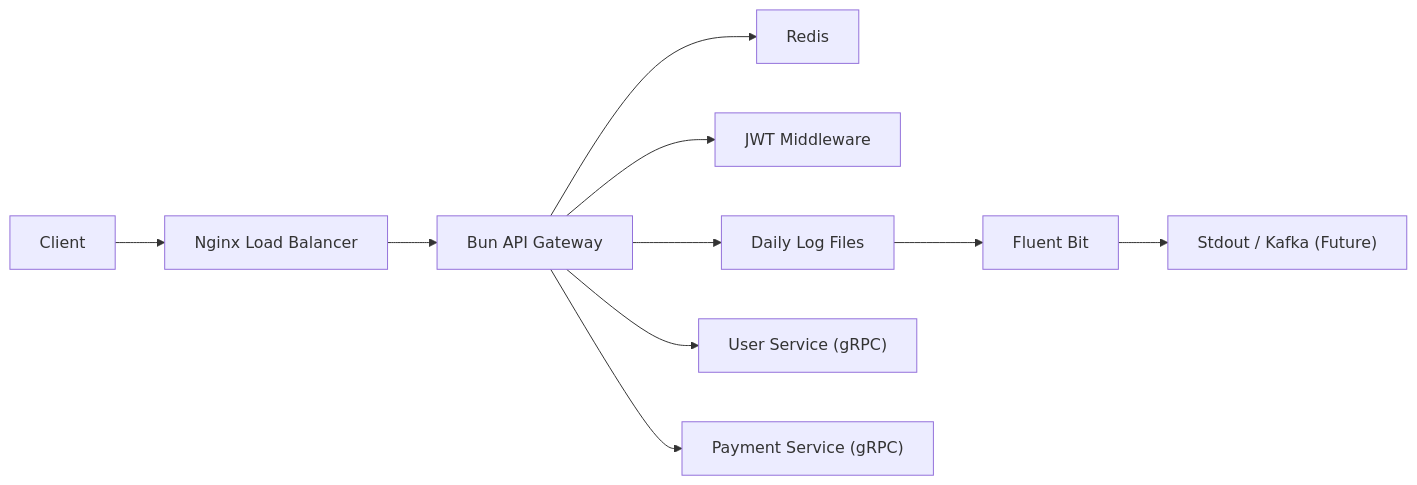
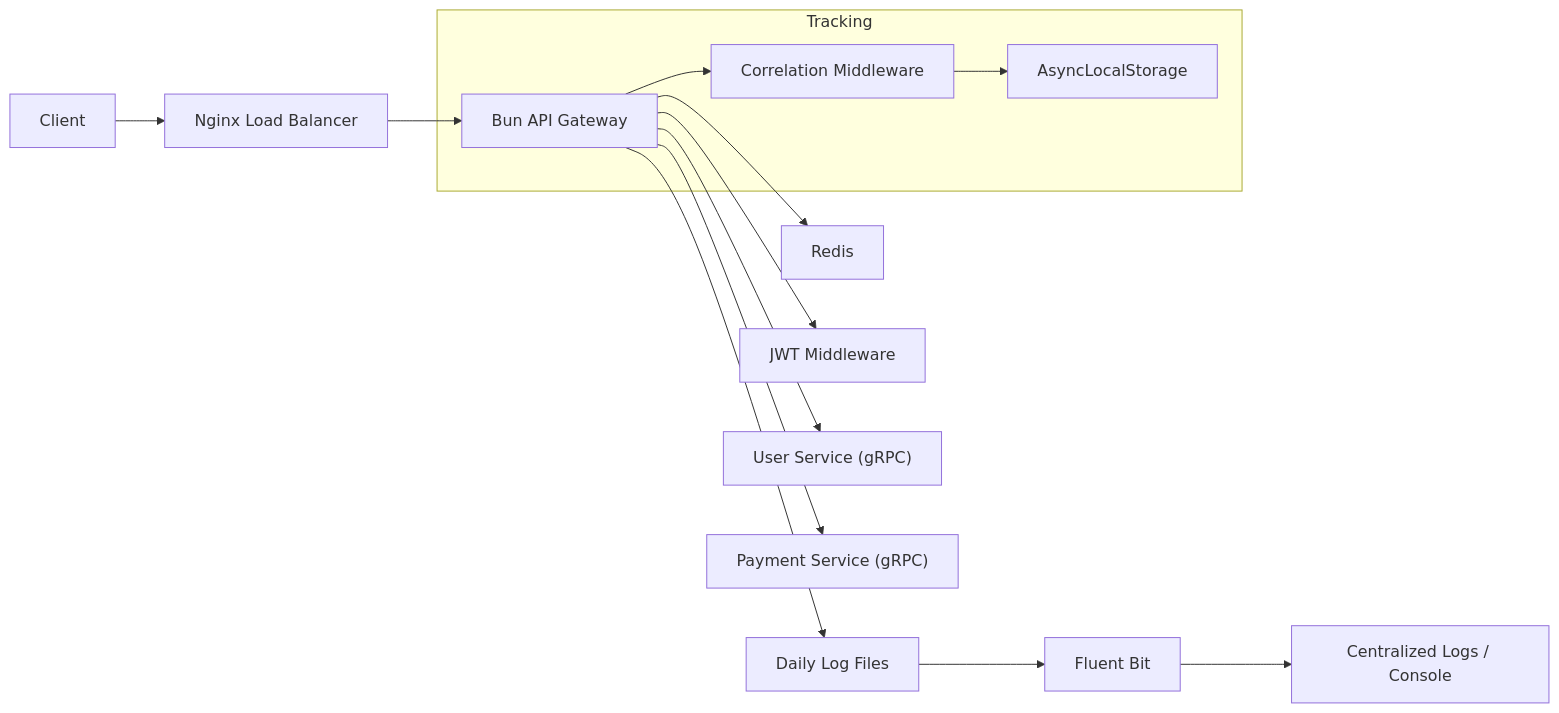
Before and after one commit to Sourabh9123/APIGateWay: the diagram in README.md, drawn with Mermaid. The commit also changed other lines of this file, not shown here.

Commit message:
docs: Update README with distributed correlation tracking and public routes

````diff
--- a/README.md
+++ b/README.md
@@ -21,12 +23,16 @@
 ```mermaid
 graph LR
     User[Client] --> Nginx["Nginx Load Balancer"]
     Nginx --> Bun["Bun API Gateway"]
+    subgraph Tracking
+        Bun --> Correlation["Correlation Middleware"]
+        Correlation --> Context["AsyncLocalStorage"]
+    end
     Bun --> Redis[Redis]
     Bun --> Auth["JWT Middleware"]
     Bun --> LogFile["Daily Log Files"]
     LogFile --> FluentBit["Fluent Bit"]
-    FluentBit --> Output["Stdout / Kafka (Future)"]
+    FluentBit --> Output["Centralized Logs / Console"]
     Bun --> ServiceA["User Service (gRPC)"]
     Bun --> ServiceB["Payment Service (gRPC)"]
 ```
````
